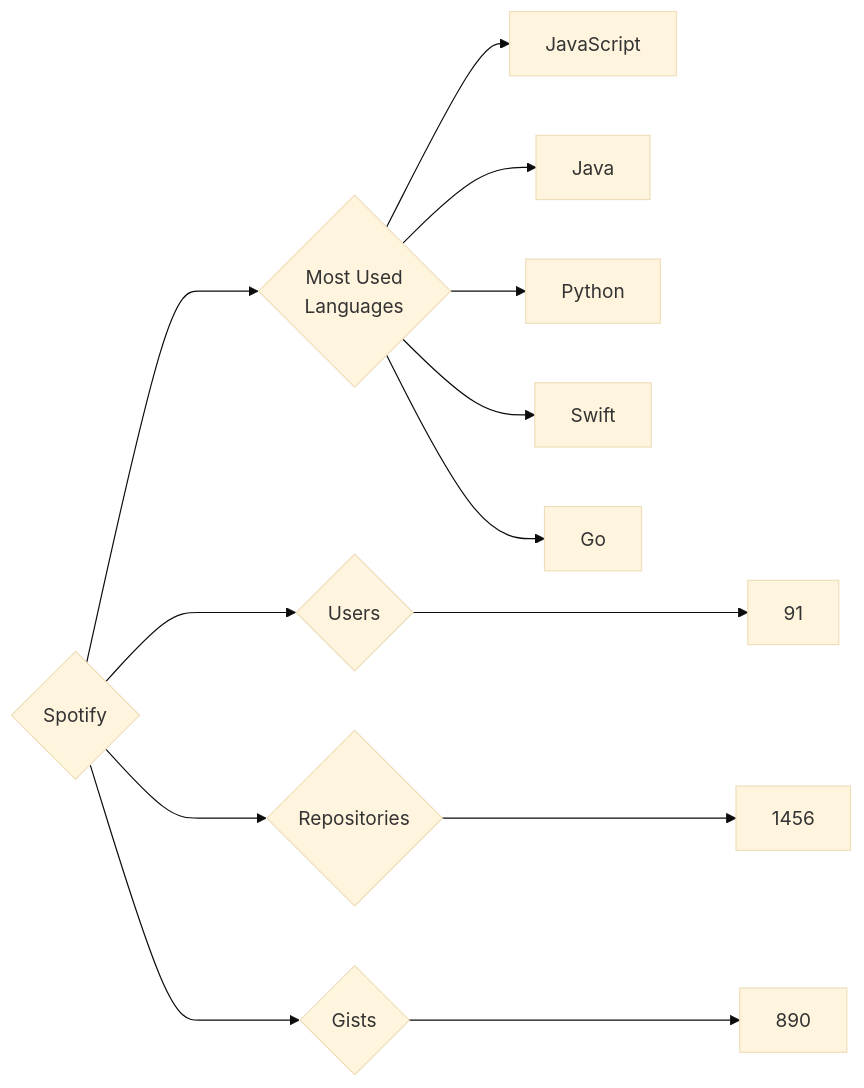
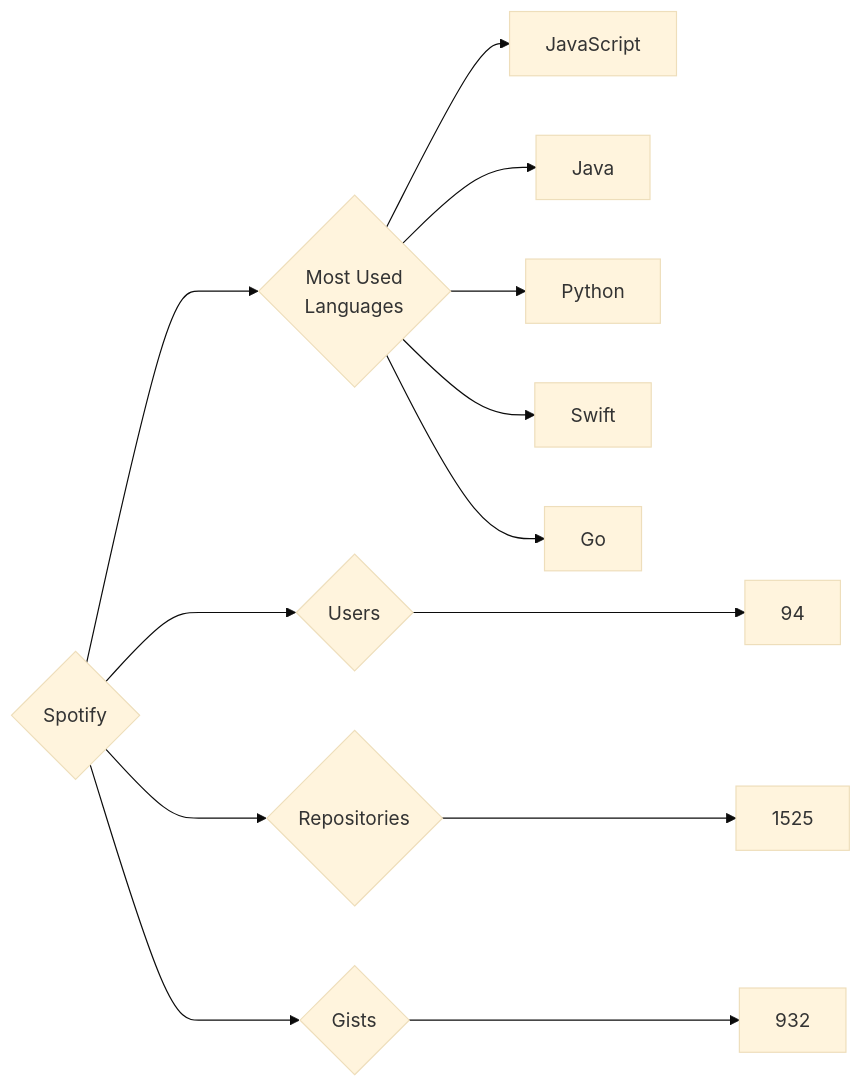
One commit to trickest/insiders changed the diagram in targets/Spotify/README.md. Above: the diagram before and after it, drawn with Mermaid (base theme). The commit also changed 972 other files, not shown here.

````diff
--- a/targets/Spotify/README.md
+++ b/targets/Spotify/README.md
@@ -3,13 +3,13 @@
 ```mermaid
 graph LR
 COMPANY_NAME{Spotify}
-COMPANY_NAME ---> U{Users} ---> UN[91]
-COMPANY_NAME ---> R{Repositories} ---> RN[1456]
-COMPANY_NAME ---> G{Gists} ---> GN[890]
+COMPANY_NAME ---> U{Users} ---> UN[94]
+COMPANY_NAME ---> R{Repositories} ---> RN[1525]
+COMPANY_NAME ---> G{Gists} ---> GN[932]
 COMPANY_NAME ---> ML{Most Used<br>Languages}
 ML --> JavaScript[JavaScript]
 ML --> Java[Java]
 ML --> Python[Python]
 ML --> Swift[Swift]
 ML --> Go[Go]
 ```
````
